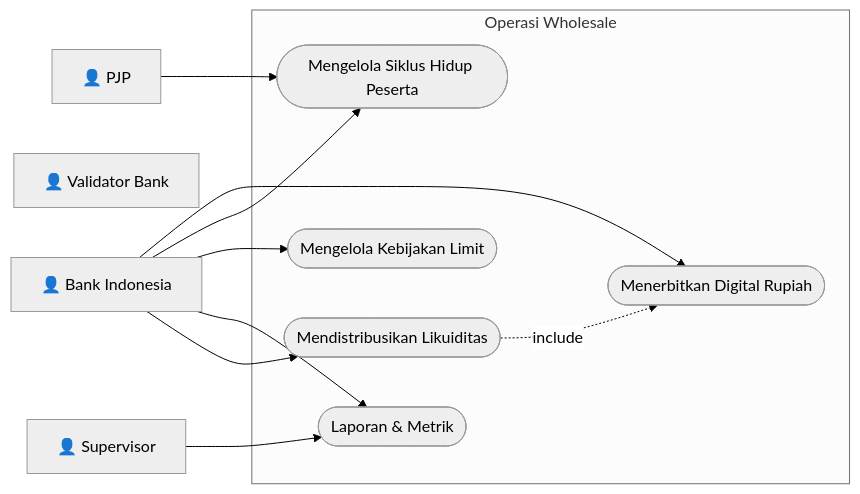
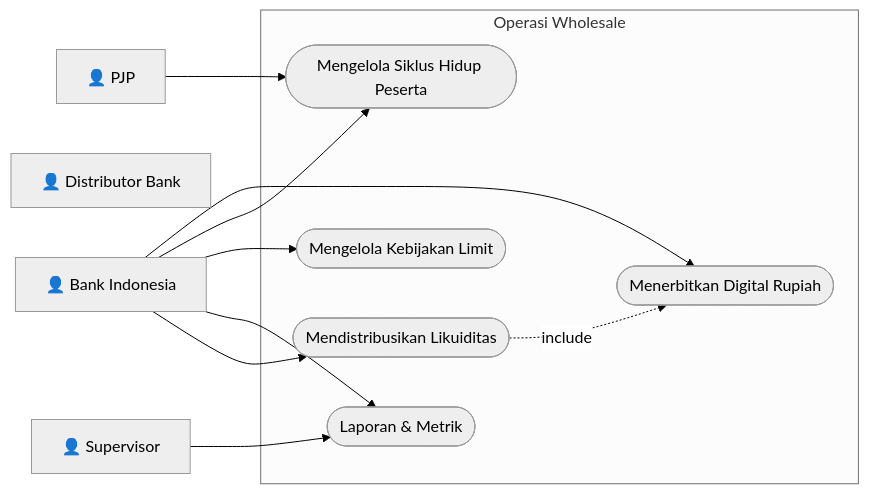
The second of 3 diagrams in bi-coin-fabric/docs/diagrams/mermaid/use-case-diagrams.md (mfachrizalg/bi-coin), drawn with Mermaid before and after one commit. The commit also changed other lines of this file and 19 other files, not shown here.

First line of the commit message:
docs: restate five-organization terms as four-organization; banks are Distributor Bank

````diff
--- a/bi-coin-fabric/docs/diagrams/mermaid/use-case-diagrams.md
+++ b/bi-coin-fabric/docs/diagrams/mermaid/use-case-diagrams.md
@@ -53,26 +53,26 @@
 ```mermaid
 %%{init: {'theme': 'neutral', 'themeVariables': {'primaryColor': '#ffffff', 'primaryBorderColor': '#000000', 'lineColor': '#000000'}}}%%
 flowchart LR
     BI[👤 Bank Indonesia]
-    BV[👤 Validator Bank]
+    BV[👤 Distributor Bank]
     PJP[👤 PJP]
     SV[👤 Supervisor]
 
     subgraph WHO["Operasi Wholesale"]
         UC1([Menerbitkan Digital Rupiah])
         UC2([Mendistribusikan Likuiditas])
         UC3([Mengelola Siklus Hidup Peserta])
         UC4([Mengelola Kebijakan Limit])
         UC6([Laporan & Metrik])
     end
 
     BI --> UC1
     BI --> UC3
     BI --> UC4
     BI --> UC6
     BI --> UC2
     PJP --> UC3
     SV --> UC6
 
     UC2 -.->|include| UC1
 ```
````
